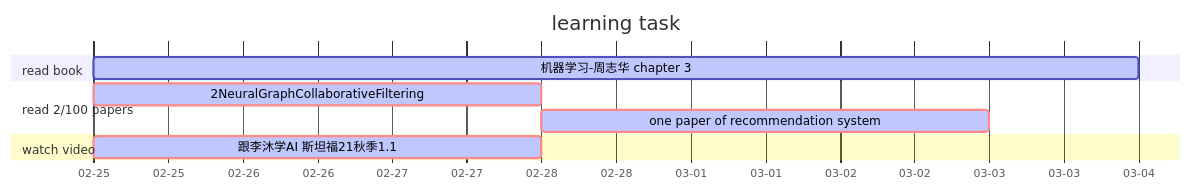
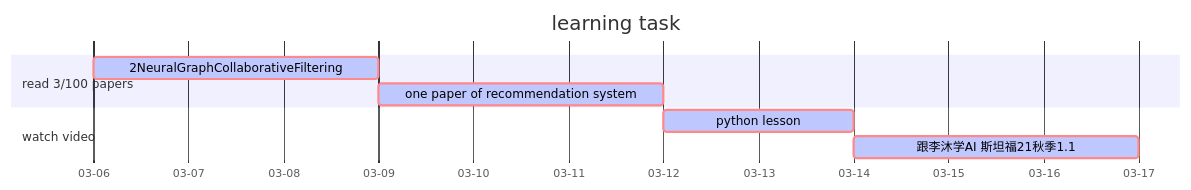
One commit to youareeverysingleday/MachineLearningAssignments changed the diagram in README.md. Above: the diagram before and after it, drawn with Mermaid. The commit also changed other lines of this file and 4 other files, not shown here.

````diff
--- a/README.md
+++ b/README.md
@@ -9,17 +12,15 @@
 ```mermaid
 gantt
     title learning task
     dateFormat YYYY-MM-DD
     %% (`excludes` accepts specific dates in YYYY-MM-DD format, days of the week ("sunday") or "weekends", but not the word "weekdays".)
     axisFormat %m-%d
 
-    section read book
-    机器学习-周志华 chapter 3 :active, rb1, 2022-02-25, 7d
-
-    section read 2/100 papers
-    2NeuralGraphCollaborativeFiltering :crit, active, rp1, 2022-02-25 , 3d
-    one paper of recommendation system :crit, active, after rp1, 3d
+    section read 3/100 papers
+    2NeuralGraphCollaborativeFiltering :crit, active, rp1, 2022-03-06 , 3d
+    one paper of recommendation system :crit, active, rp2, after rp1, 3d
 
     section watch video
-    跟李沐学AI 斯坦福21秋季1.1:crit, active, w1, 2022-02-25, 3d
+    python lesson:crit, active, wv1, after rp2, 2d
+    跟李沐学AI 斯坦福21秋季1.1:crit, active, wv2, after wv1, 3d
 ```
````
